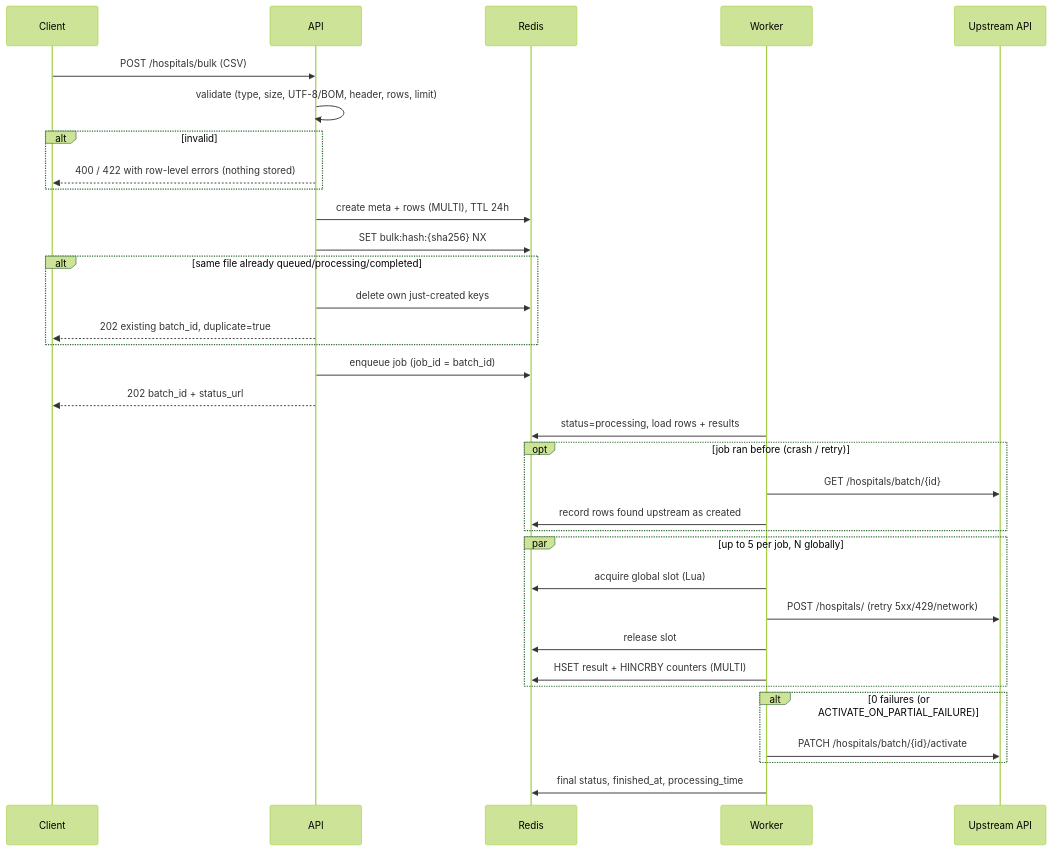
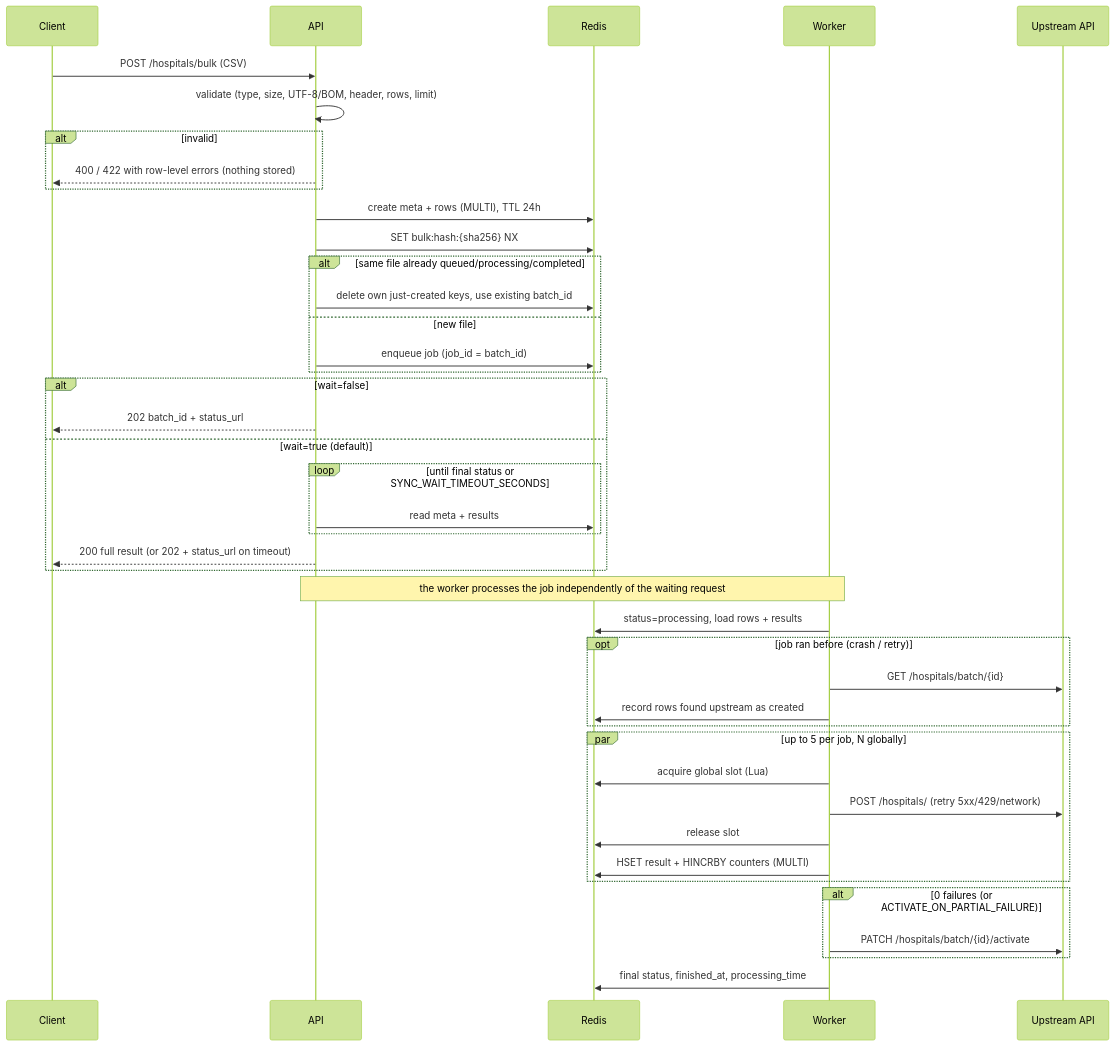
Before and after one commit to PavanRaghavendraKulkarni/hospital-bulk-processor: the second of 2 diagrams in README.md, drawn with Mermaid (forest theme). The commit also changed other lines of this file, not shown here.

Commit message:
docs: document sync/async upload modes and SYNC_WAIT_TIMEOUT_SECONDS

````diff
--- a/README.md
+++ b/README.md
@@ -78,38 +81,46 @@
 ```mermaid
 sequenceDiagram
     participant C as Client
     participant A as API
     participant R as Redis
     participant W as Worker
     participant U as Upstream API
 
     C->>A: POST /hospitals/bulk (CSV)
     A->>A: validate (type, size, UTF-8/BOM, header, rows, limit)
     alt invalid
         A-->>C: 400 / 422 with row-level errors (nothing stored)
     end
     A->>R: create meta + rows (MULTI), TTL 24h
     A->>R: SET bulk:hash:{sha256} NX
     alt same file already queued/processing/completed
-        A->>R: delete own just-created keys
-        A-->>C: 202 existing batch_id, duplicate=true
+        A->>R: delete own just-created keys, use existing batch_id
+    else new file
+        A->>R: enqueue job (job_id = batch_id)
     end
-    A->>R: enqueue job (job_id = batch_id)
-    A-->>C: 202 batch_id + status_url
+    alt wait=false
+        A-->>C: 202 batch_id + status_url
+    else wait=true (default)
+        loop until final status or SYNC_WAIT_TIMEOUT_SECONDS
+            A->>R: read meta + results
+        end
+        A-->>C: 200 full result (or 202 + status_url on timeout)
+    end
+    Note over A,W: the worker processes the job independently of the waiting request
 
     W->>R: status=processing, load rows + results
     opt job ran before (crash / retry)
         W->>U: GET /hospitals/batch/{id}
         W->>R: record rows found upstream as created
     end
     par up to 5 per job, N globally
         W->>R: acquire global slot (Lua)
         W->>U: POST /hospitals/ (retry 5xx/429/network)
         W->>R: release slot
         W->>R: HSET result + HINCRBY counters (MULTI)
     end
     alt 0 failures (or ACTIVATE_ON_PARTIAL_FAILURE)
         W->>U: PATCH /hospitals/batch/{id}/activate
     end
     W->>R: final status, finished_at, processing_time
 ```
````
